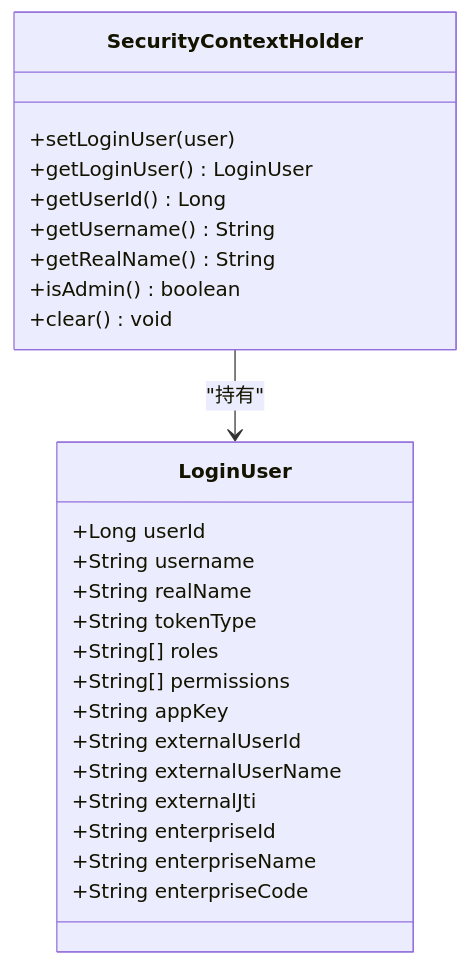
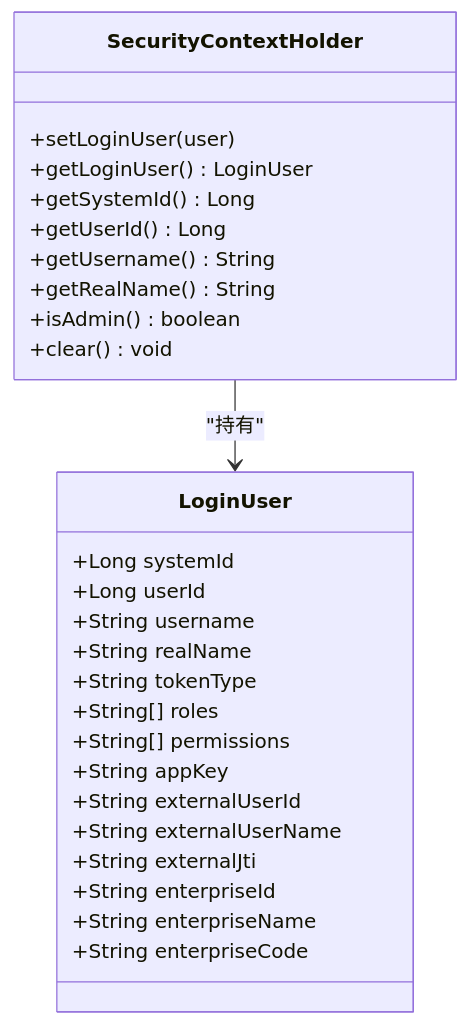
One commit to DrunkFood/First changed the fourth of 15 diagrams in .qoder/repowiki/zh/content/后端服务/公共模块 (ele-ai-tender-common)/安全认证与授权.md. Above: the diagram before and after it, drawn with Mermaid. The commit also changed other lines of this file and 93 other files, not shown here.

````diff
--- a/.qoder/repowiki/zh/content/后端服务/公共模块 (ele-ai-tender-common)/安全认证与授权.md
+++ b/.qoder/repowiki/zh/content/后端服务/公共模块 (ele-ai-tender-common)/安全认证与授权.md
@@ -240,28 +291,30 @@
 ```mermaid
 classDiagram
 class SecurityContextHolder {
 +setLoginUser(user)
 +getLoginUser() LoginUser
++getSystemId() Long
 +getUserId() Long
 +getUsername() String
 +getRealName() String
 +isAdmin() boolean
 +clear() void
 }
 class LoginUser {
++Long systemId
 +Long userId
 +String username
 +String realName
 +String tokenType
 +String[] roles
 +String[] permissions
 +String appKey
 +String externalUserId
 +String externalUserName
 +String externalJti
 +String enterpriseId
 +String enterpriseName
 +String enterpriseCode
 }
 SecurityContextHolder --> LoginUser : "持有"
 ```
````
